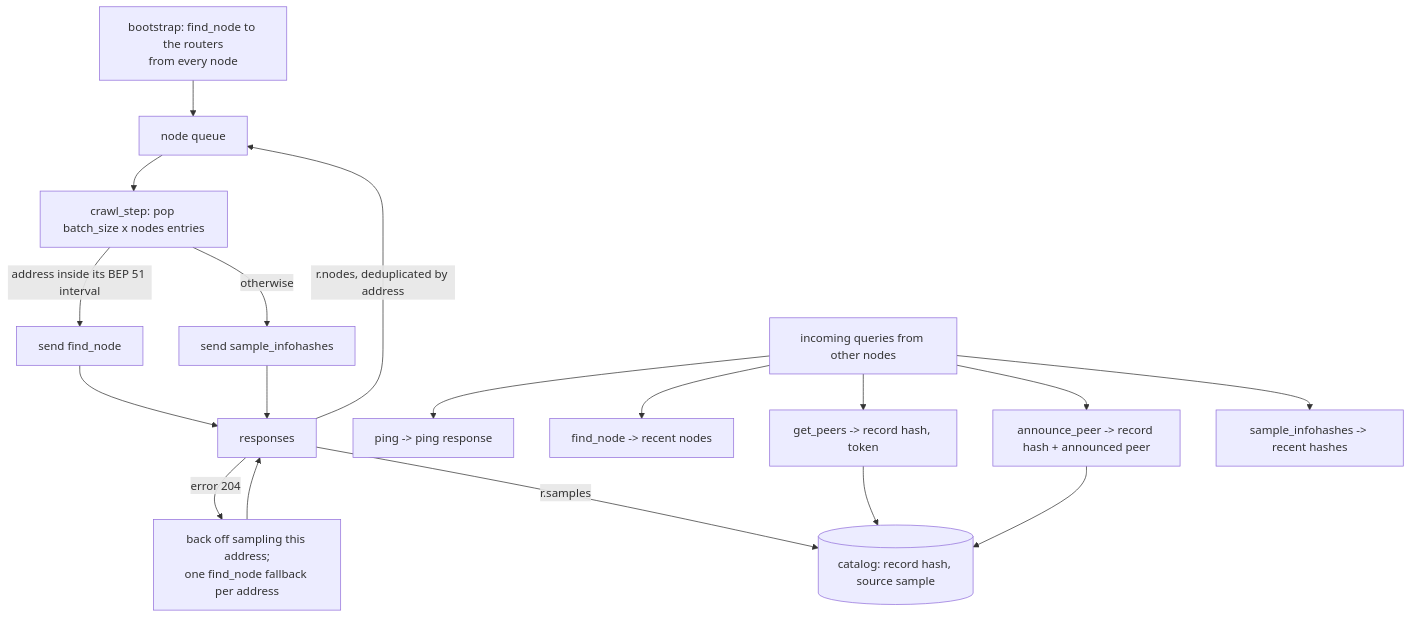
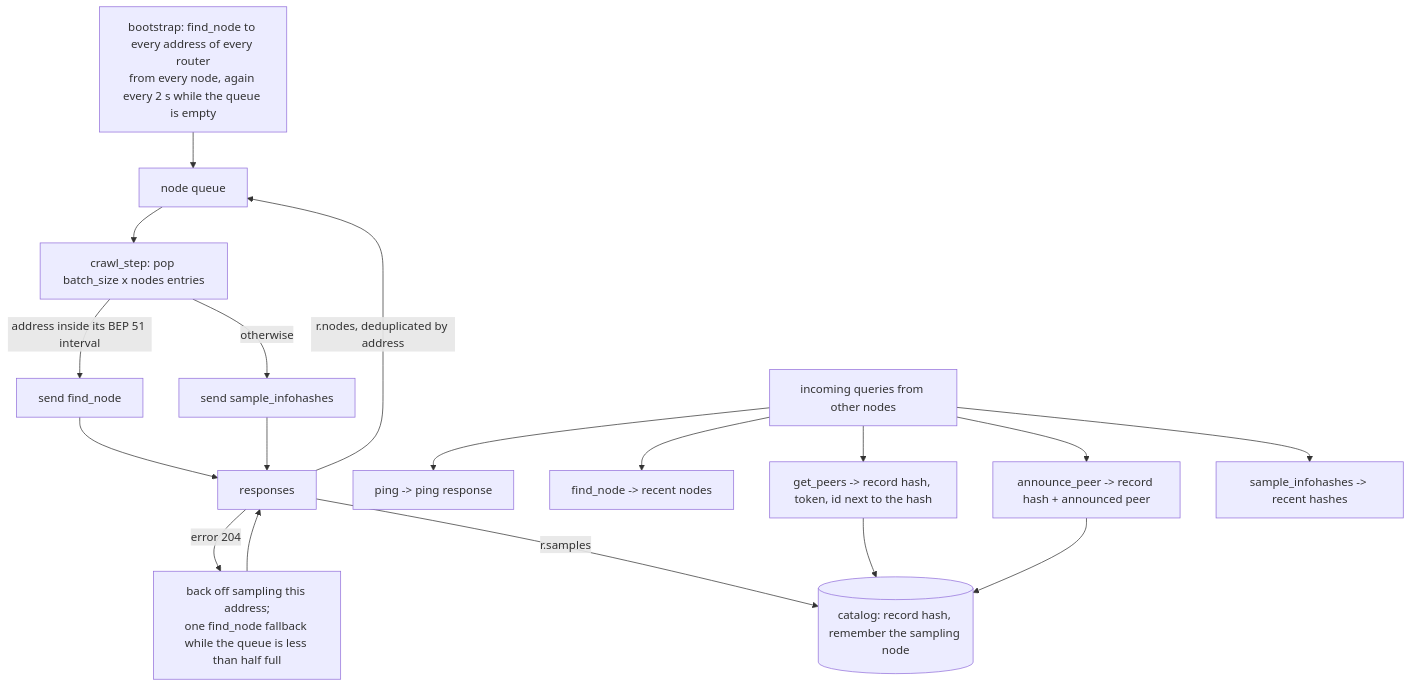
The second of 7 diagrams in README.md (J4GL/LIF), drawn with Mermaid before and after one commit. The commit also changed other lines of this file and 32 other files, not shown here.

````diff
--- a/README.md
+++ b/README.md
@@ -122,20 +140,20 @@
 ```mermaid
 flowchart TD
-    B[bootstrap: find_node to the routers<br/>from every node] --> Q[node queue]
+    B[bootstrap: find_node to every address of every router<br/>from every node, again every 2 s while the queue is empty] --> Q[node queue]
     Q --> CS[crawl_step: pop batch_size x nodes entries]
     CS -->|"address inside its BEP 51 interval"| FN[send find_node]
     CS -->|"otherwise"| SI[send sample_infohashes]
     FN --> R[responses]
     SI --> R
     R -->|"r.nodes, deduplicated by address"| Q
-    R -->|"r.samples"| CAT[(catalog: record hash, source sample)]
-    R -->|"error 204"| FB[back off sampling this address;<br/>one find_node fallback per address]
+    R -->|"r.samples"| CAT[(catalog: record hash, remember the sampling node)]
+    R -->|"error 204"| FB[back off sampling this address;<br/>one find_node fallback while the queue is less than half full]
     FB --> R
     IN[incoming queries from other nodes] --> PING[ping -> ping response]
     IN --> FNQ[find_node -> recent nodes]
-    IN --> GP[get_peers -> record hash, token]
+    IN --> GP[get_peers -> record hash, token, id next to the hash]
     IN --> AP[announce_peer -> record hash + announced peer]
     IN --> SQ[sample_infohashes -> recent hashes]
     GP --> CAT
     AP --> CAT
 ```
````
